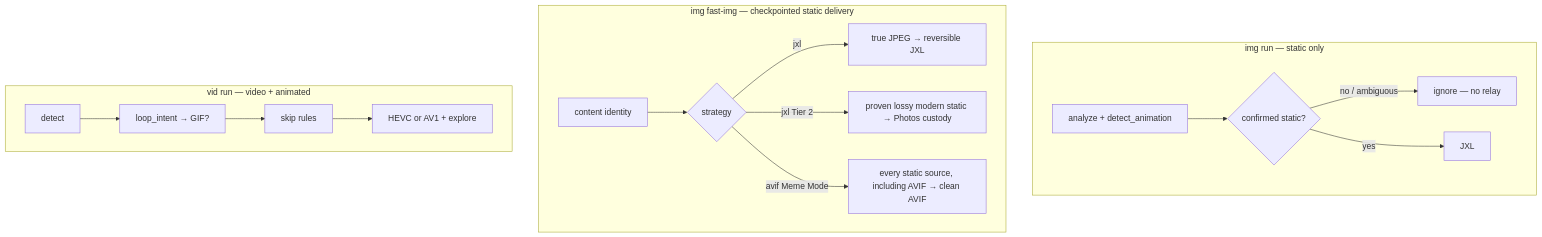
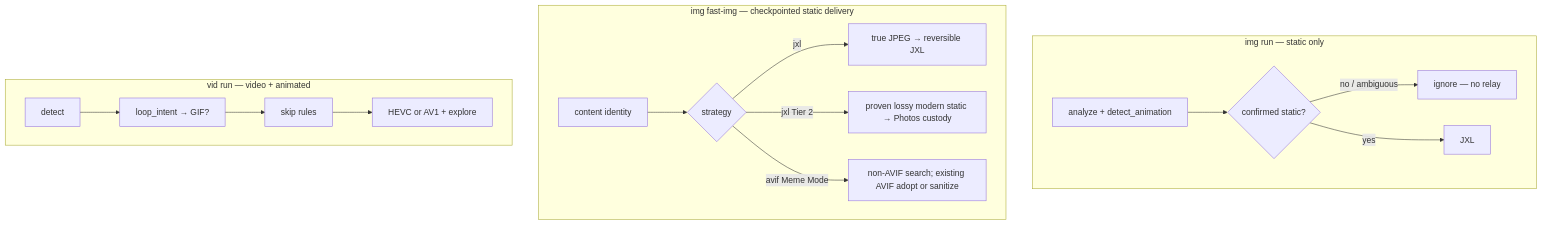
Before and after one commit to nowaytouse/modern-format-boost: the diagram in README.md, drawn with Mermaid. The commit also changed other lines of this file and 9 other files, not shown here.

````diff
--- a/README.md
+++ b/README.md
@@ -372,19 +372,19 @@
 ```mermaid
 flowchart TD
   subgraph img_run ["img run — static only"]
     A[analyze + detect_animation] --> B{confirmed static?}
     B -->|no / ambiguous| I[ignore — no relay]
     B -->|yes| C[JXL]
   end
   subgraph fast_img ["img fast-img — checkpointed static delivery"]
     K[content identity] --> L{strategy}
     L -->|jxl| M[true JPEG → reversible JXL]
     L -->|jxl Tier 2| N[proven lossy modern static → Photos custody]
-    L -->|avif Meme Mode| O[every static source, including AVIF → clean AVIF]
+    L -->|avif Meme Mode| O[non-AVIF search; existing AVIF adopt or sanitize]
   end
   subgraph vid_run ["vid run — video + animated"]
     F[detect] --> G[loop_intent → GIF?]
     G --> H[skip rules]
     H --> J[HEVC or AV1 + explore]
   end
 ```
````
